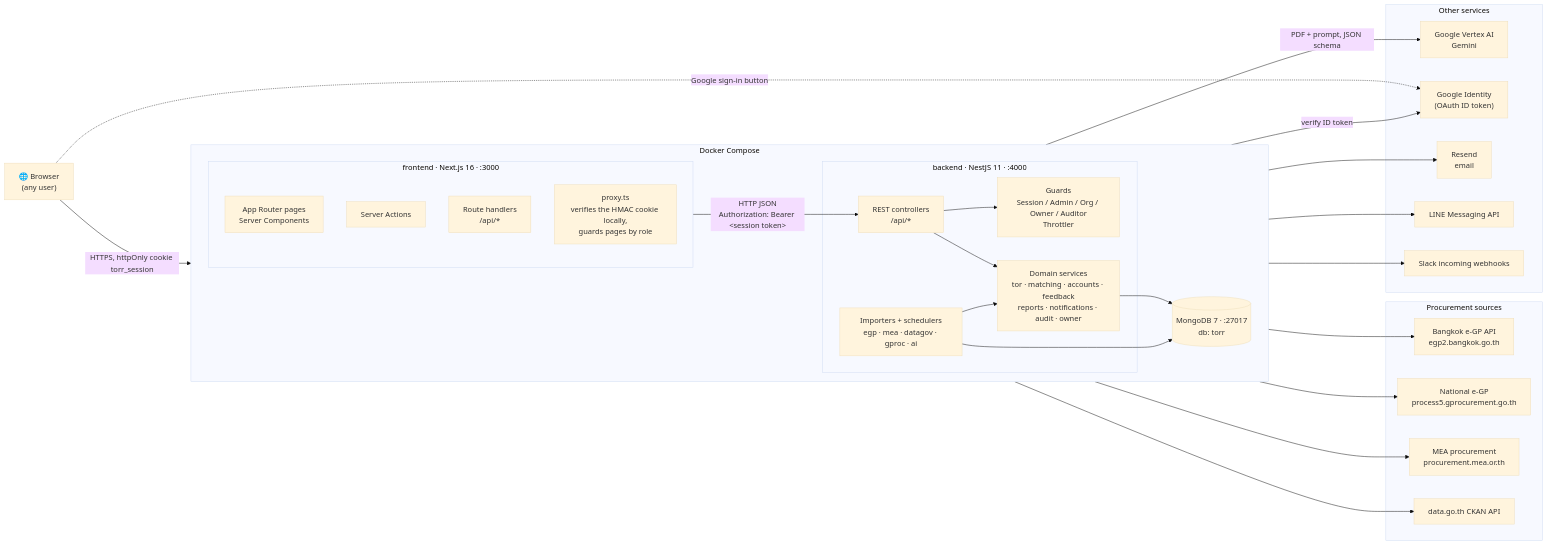
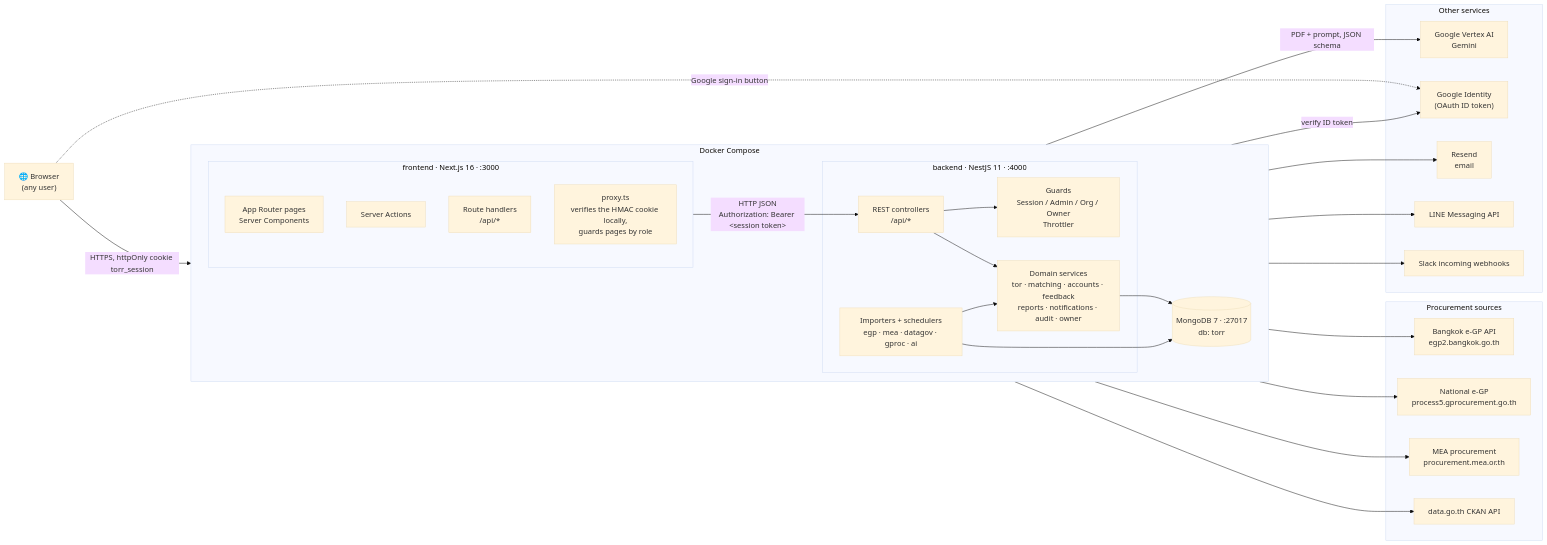
One commit to PhomMaiWai/TorFinder changed the first of 2 diagrams in docs/design/system-architecture.md. Above: the diagram before and after it, drawn with Mermaid (base theme). The commit also changed other lines of this file and 55 other files, not shown here.

````diff
--- a/docs/design/system-architecture.md
+++ b/docs/design/system-architecture.md
@@ -9,49 +9,49 @@
 ```mermaid
 flowchart LR
     Browser["🌐 Browser<br/>(any user)"]
 
     subgraph Compose["Docker Compose"]
         direction LR
         subgraph FE["frontend · Next.js 16 · :3000"]
             Pages["App Router pages<br/>Server Components"]
             Actions["Server Actions"]
             Routes["Route handlers<br/>/api/*"]
             MW["proxy.ts<br/>verifies the HMAC cookie locally,<br/>guards pages by role"]
         end
         subgraph BE["backend · NestJS 11 · :4000"]
-            Guards["Guards<br/>Session / Admin / Org / Owner / Auditor<br/>Throttler"]
+            Guards["Guards<br/>Session / Admin / Org / Owner<br/>Throttler"]
             Controllers["REST controllers<br/>/api/*"]
             Services["Domain services<br/>tor · matching · accounts · feedback<br/>reports · notifications · audit · owner"]
             Importers["Importers + schedulers<br/>egp · mea · datagov · gproc · ai"]
         end
         DB[("MongoDB 7 · :27017<br/>db: torr")]
     end
 
     subgraph Sources["Procurement sources"]
         EGP["Bangkok e-GP API<br/>egp2.bangkok.go.th"]
         GPROC["National e-GP<br/>process5.gprocurement.go.th"]
         MEA["MEA procurement<br/>procurement.mea.or.th"]
         DATAGOV["data.go.th CKAN API"]
     end
 
     subgraph Cloud["Other services"]
         VERTEX["Google Vertex AI<br/>Gemini"]
         GOOGLE["Google Identity<br/>(OAuth ID token)"]
         RESEND["Resend<br/>email"]
         LINE["LINE Messaging API"]
         SLACK["Slack incoming webhooks"]
     end
 
     Browser -- "HTTPS, httpOnly cookie torr_session" --> FE
     Browser -. "Google sign-in button" .-> GOOGLE
     FE -- "HTTP JSON<br/>Authorization: Bearer &lt;session token&gt;" --> Controllers
     Controllers --> Guards
     Controllers --> Services
     Importers --> Services
     Services --> DB
     Importers --> DB
     Importers --> EGP & GPROC & MEA & DATAGOV
     Importers -- "PDF + prompt, JSON schema" --> VERTEX
     Services -- "verify ID token" --> GOOGLE
     Services --> RESEND & LINE & SLACK
 ```
````
